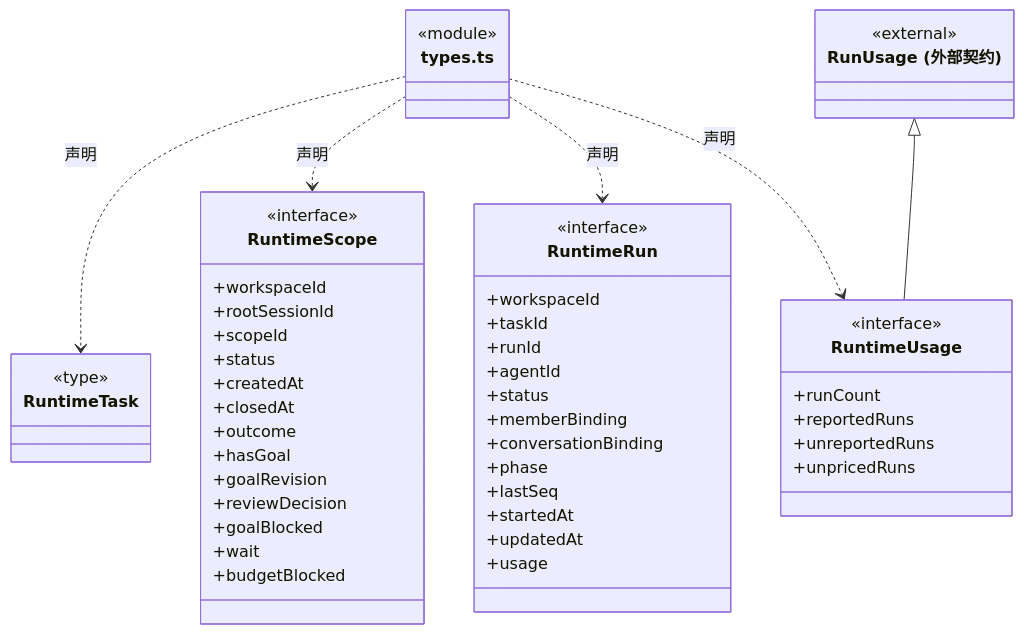
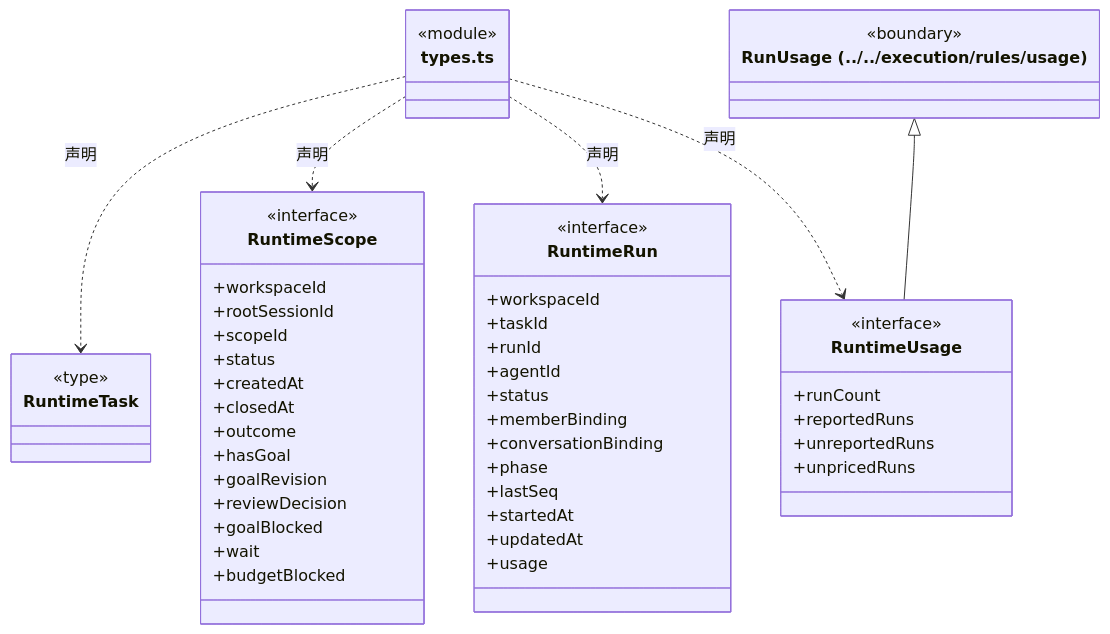
Diagram 11 of 13 in src/logic/runtime/rules/ARCHITECTURE.md (nan023062/cbim), drawn with Mermaid before and after one commit. The commit also changed other lines of this file and 112 other files, not shown here.

Commit message:
docs: align source architecture with current declarations and contracts

````diff
--- a/src/logic/runtime/rules/ARCHITECTURE.md
+++ b/src/logic/runtime/rules/ARCHITECTURE.md
@@ -350,56 +350,56 @@
 ```mermaid
 classDiagram
 class N_src_logic_runtime_rules_types_ts["types.ts"] {
   <<module>>
 }
 class N_src_logic_runtime_rules_types_ts_RuntimeTask["RuntimeTask"] {
   <<type>>
 
 }
 N_src_logic_runtime_rules_types_ts ..> N_src_logic_runtime_rules_types_ts_RuntimeTask : 声明
 class N_src_logic_runtime_rules_types_ts_RuntimeScope["RuntimeScope"] {
   <<interface>>
   +workspaceId
   +rootSessionId
   +scopeId
   +status
   +createdAt
   +closedAt
   +outcome
   +hasGoal
   +goalRevision
   +reviewDecision
   +goalBlocked
   +wait
   +budgetBlocked
 }
 N_src_logic_runtime_rules_types_ts ..> N_src_logic_runtime_rules_types_ts_RuntimeScope : 声明
 class N_src_logic_runtime_rules_types_ts_RuntimeRun["RuntimeRun"] {
   <<interface>>
   +workspaceId
   +taskId
   +runId
   +agentId
   +status
   +memberBinding
   +conversationBinding
   +phase
   +lastSeq
   +startedAt
   +updatedAt
   +usage
 }
 N_src_logic_runtime_rules_types_ts ..> N_src_logic_runtime_rules_types_ts_RuntimeRun : 声明
 class N_src_logic_runtime_rules_types_ts_RuntimeUsage["RuntimeUsage"] {
   <<interface>>
   +runCount
   +reportedRuns
   +unreportedRuns
   +unpricedRuns
 }
 N_src_logic_runtime_rules_types_ts ..> N_src_logic_runtime_rules_types_ts_RuntimeUsage : 声明
-class N_src_logic_runtime_rules_types_ts_external_RunUsage["RunUsage (外部契约)"] {
-  <<external>>
+class N_src_logic_runtime_rules_types_ts_external_RunUsage["RunUsage (../../execution/rules/usage)"] {
+  <<boundary>>
 }
 N_src_logic_runtime_rules_types_ts_external_RunUsage <|-- N_src_logic_runtime_rules_types_ts_RuntimeUsage
 ```
````
